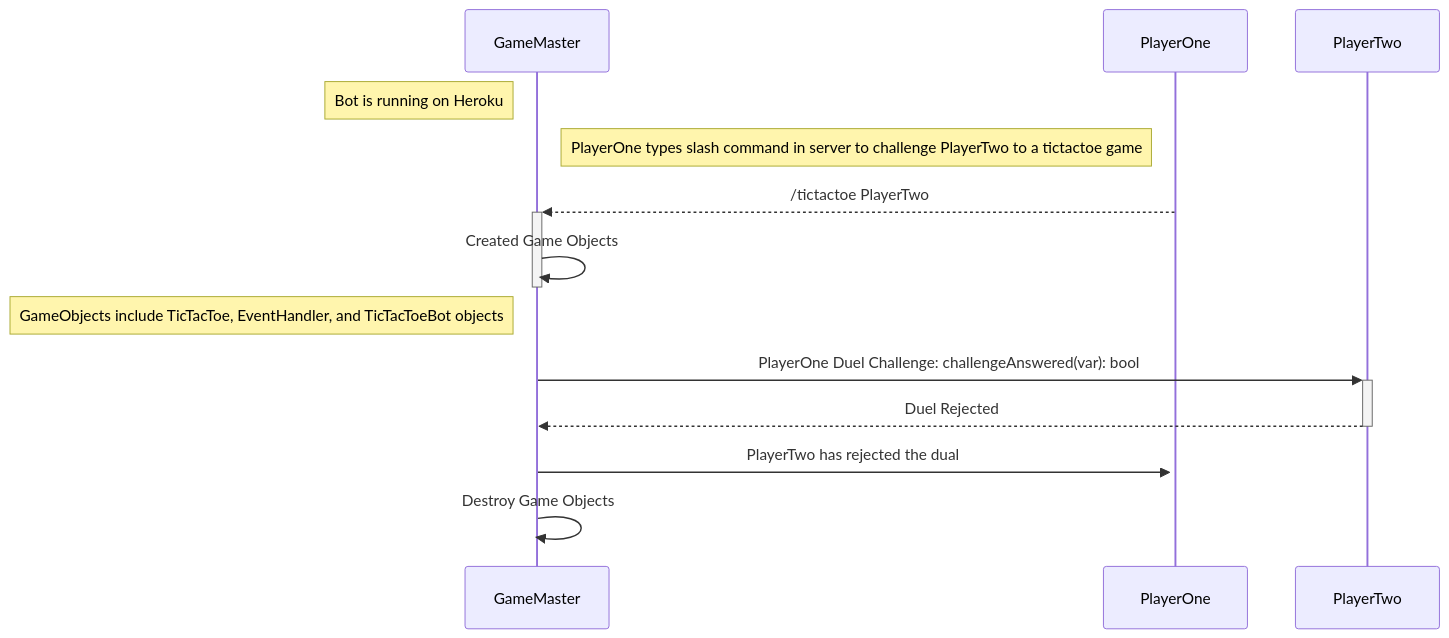
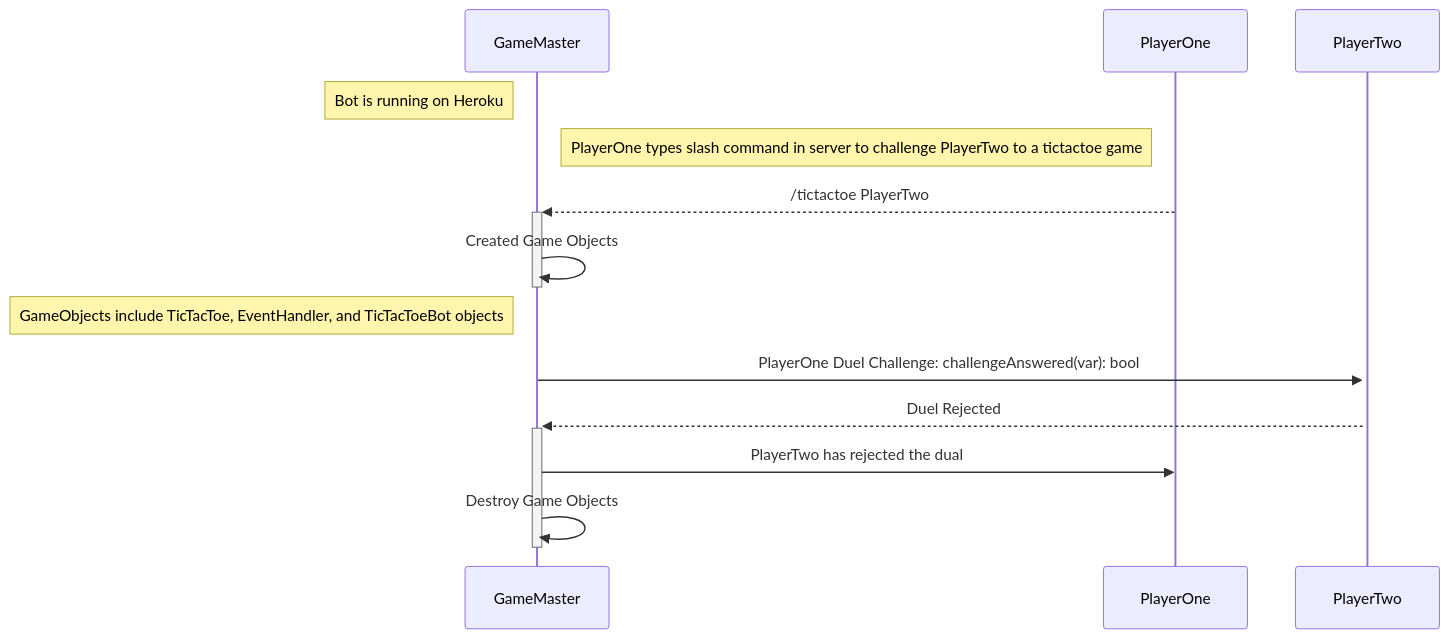
Before and after one commit to cis3296f22/GameMaster: the diagram in uml_Sequence_RejectDuel.md, drawn with Mermaid.

````diff
--- a/uml_Sequence_RejectDuel.md
+++ b/uml_Sequence_RejectDuel.md
@@ -3,17 +3,17 @@
 ```mermaid
 sequenceDiagram
   
     participant GameMaster as GameMaster
     participant PlayerOne as PlayerOne
     participant PlayerTwo as PlayerTwo
     Note left of GameMaster: Bot is running on Heroku
     Note left of PlayerOne: PlayerOne types slash command in server to challenge PlayerTwo to a tictactoe game
     PlayerOne-->>+GameMaster: /tictactoe PlayerTwo
     GameMaster->>-GameMaster: Created Game Objects
     Note left of GameMaster: GameObjects include TicTacToe, EventHandler, and TicTacToeBot objects
     GameMaster->>+PlayerTwo: PlayerOne Duel Challenge: challengeAnswered(var): bool
-    PlayerTwo-->>-GameMaster: Duel Rejected
-    GameMaster->>+PlayerOne: PlayerTwo has rejected the dual
-    GameMaster->>GameMaster: Destroy Game Objects
+    PlayerTwo-->>+GameMaster: Duel Rejected
+    GameMaster->>PlayerOne: PlayerTwo has rejected the dual
+    GameMaster->>-GameMaster: Destroy Game Objects
     
 ```
````
